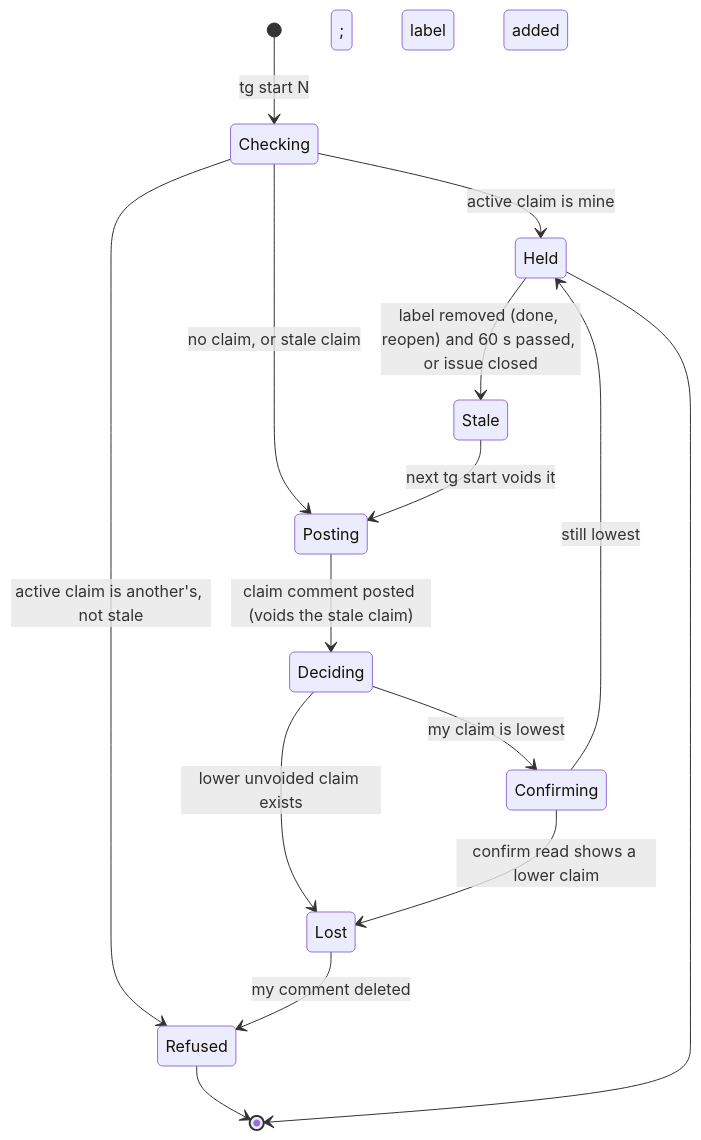
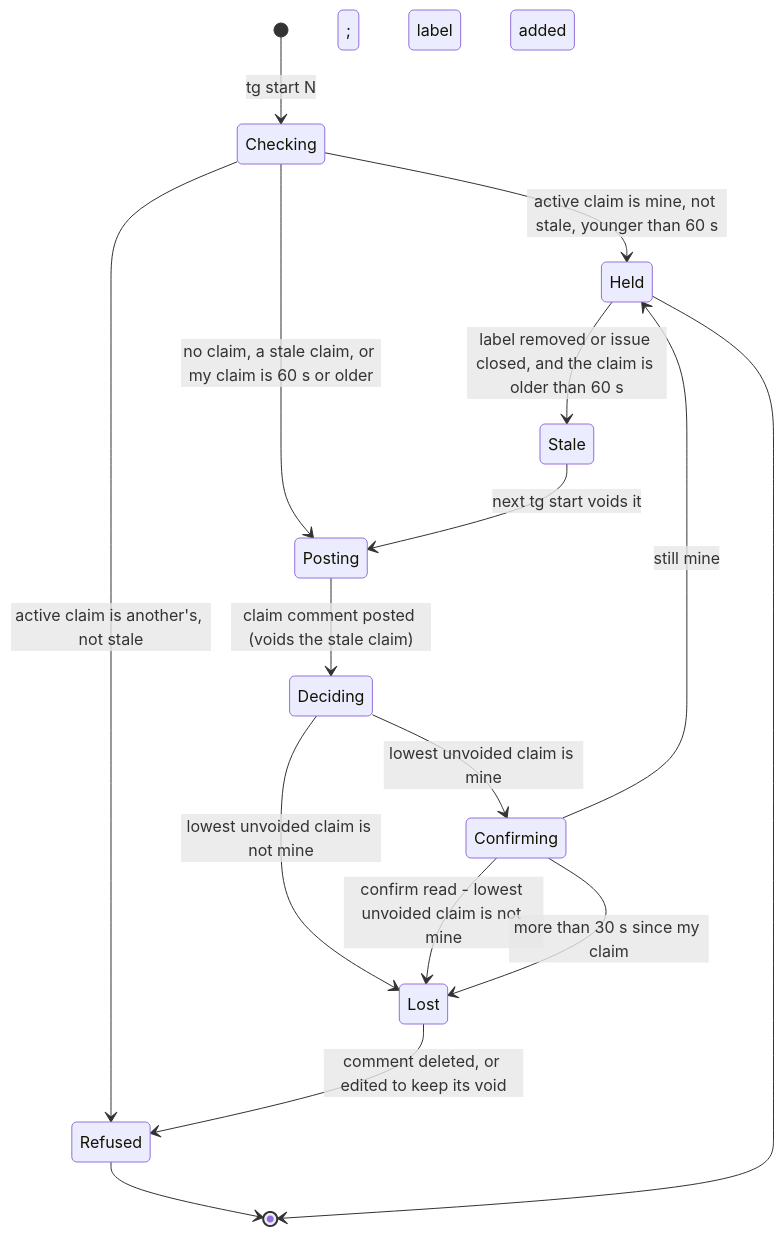
Before and after one commit to ronicayu/ronica-skills: the ninth of 11 diagrams in docs/plans/2026-11-08-taskgraph-github-backend-spec.md, drawn with Mermaid. The commit also changed other lines of this file and 13 other files, not shown here.

````diff
--- a/docs/plans/2026-11-08-taskgraph-github-backend-spec.md
+++ b/docs/plans/2026-11-08-taskgraph-github-backend-spec.md
@@ -556,17 +554,18 @@
 ```mermaid
 stateDiagram-v2
   [*] --> Checking: tg start N
-  Checking --> Held: active claim is mine
+  Checking --> Held: active claim is mine, not stale, younger than 60 s
   Checking --> Refused: active claim is another's, not stale
-  Checking --> Posting: no claim, or stale claim
+  Checking --> Posting: no claim, a stale claim, or my claim is 60 s or older
   Posting --> Deciding: claim comment posted (voids the stale claim)
-  Deciding --> Lost: lower unvoided claim exists
-  Deciding --> Confirming: my claim is lowest
-  Confirming --> Lost: confirm read shows a lower claim
-  Confirming --> Held: still lowest; label added
-  Lost --> Refused: my comment deleted
-  Held --> Stale: label removed (done, reopen) and 60 s passed, or issue closed
+  Deciding --> Lost: lowest unvoided claim is not mine
+  Deciding --> Confirming: lowest unvoided claim is mine
+  Confirming --> Lost: confirm read - lowest unvoided claim is not mine
+  Confirming --> Lost: more than 30 s since my claim
+  Confirming --> Held: still mine; label added
+  Lost --> Refused: comment deleted, or edited to keep its void
+  Held --> Stale: label removed or issue closed, and the claim is older than 60 s
   Stale --> Posting: next tg start voids it
   Refused --> [*]
   Held --> [*]
 ```
````
